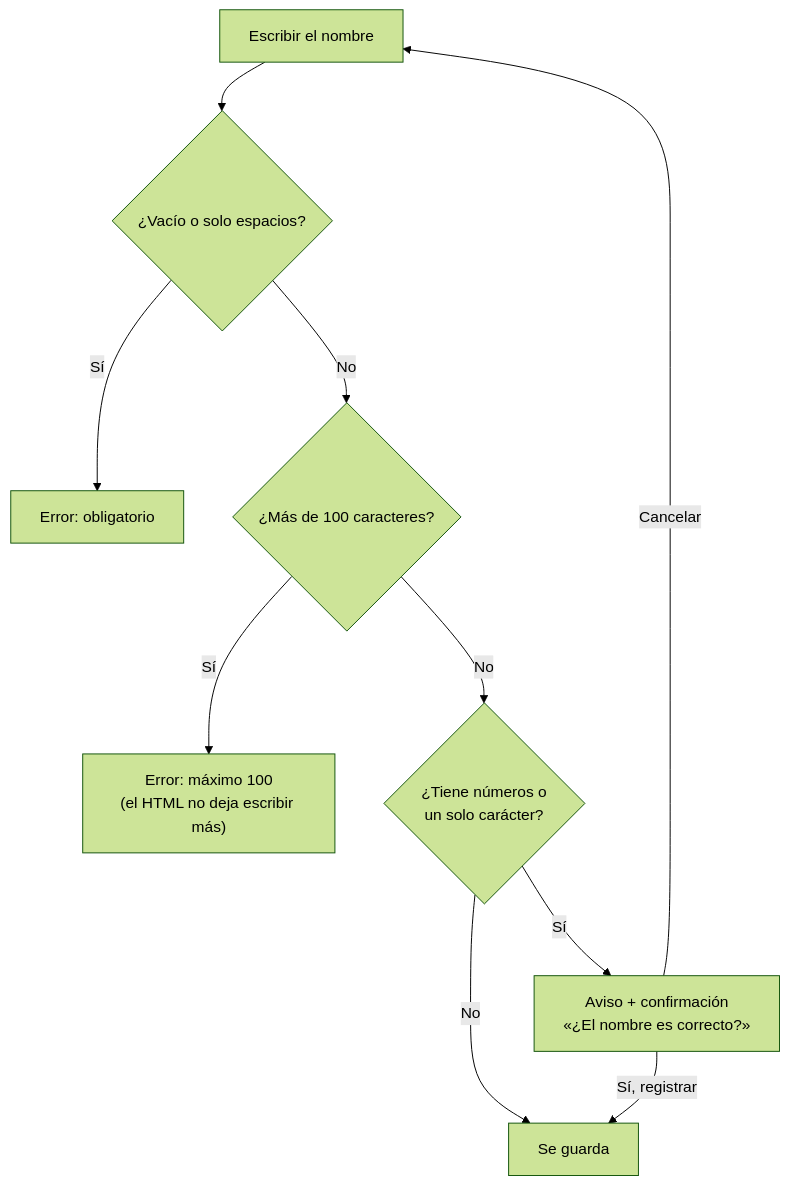
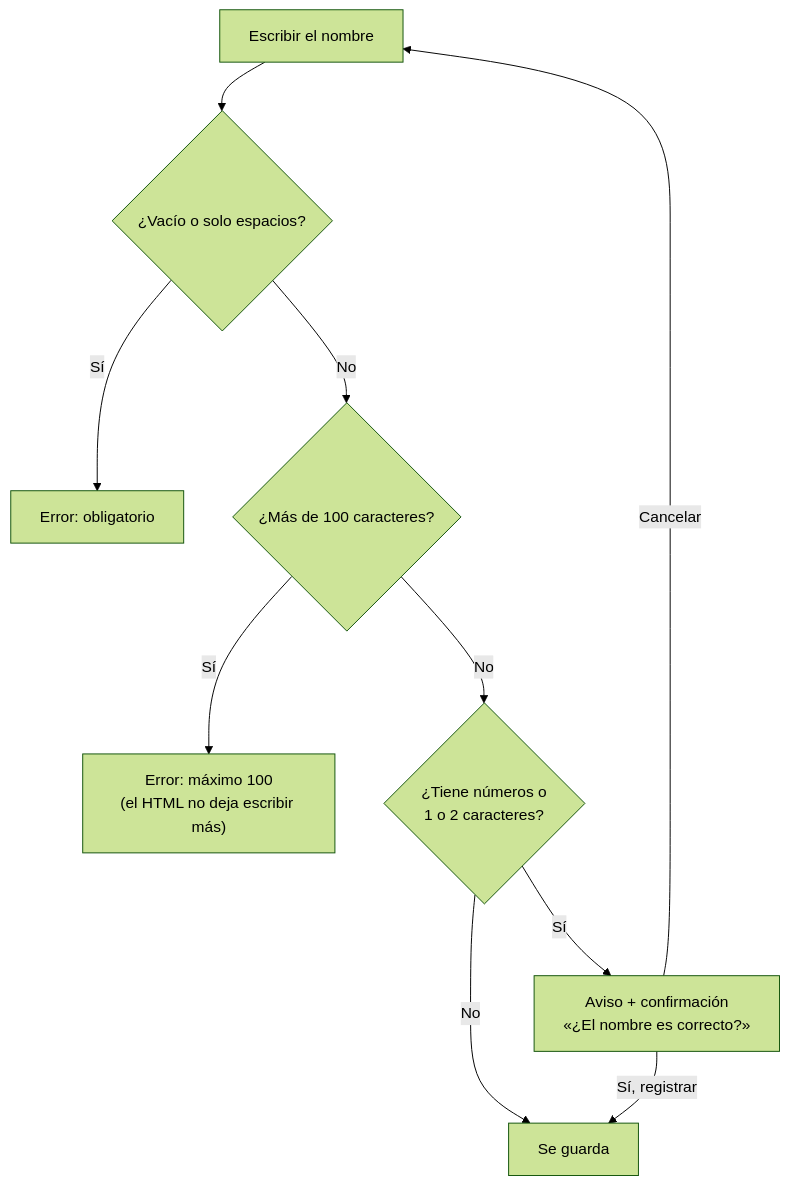
Diagram 11 of 11 in README.md (zseuz/biblioteca), drawn with Mermaid (forest theme) before and after one commit. The commit also changed other lines of this file, not shown here.

````diff
--- a/README.md
+++ b/README.md
@@ -450,12 +450,12 @@
 ```mermaid
 flowchart TD
     A["Escribir el nombre"] --> B{"¿Vacío o solo espacios?"}
     B -- Sí --> E1["Error: obligatorio"]
     B -- No --> C{"¿Más de 100 caracteres?"}
     C -- Sí --> E2["Error: máximo 100<br/>(el HTML no deja escribir más)"]
-    C -- No --> D{"¿Tiene números o<br/>un solo carácter?"}
+    C -- No --> D{"¿Tiene números o<br/>1 o 2 caracteres?"}
     D -- Sí --> W["Aviso + confirmación<br/>«¿El nombre es correcto?»"]
     D -- No --> OK["Se guarda"]
     W -- "Sí, registrar" --> OK
     W -- "Cancelar" --> A
 ```
````
